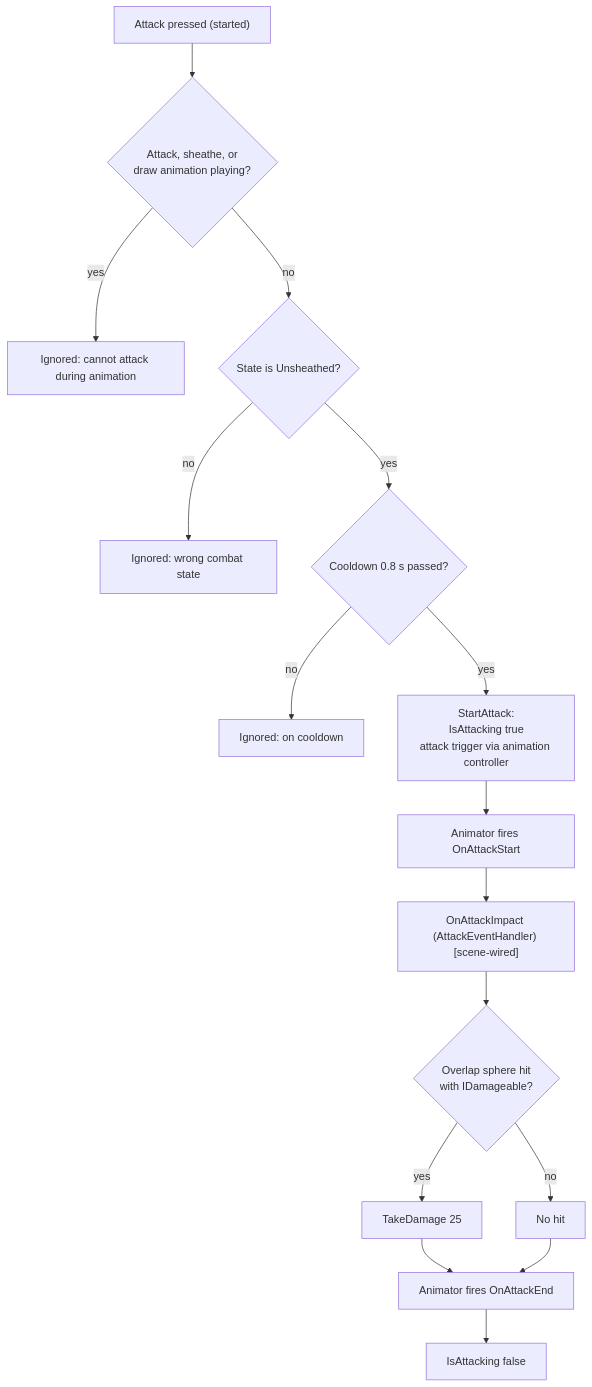
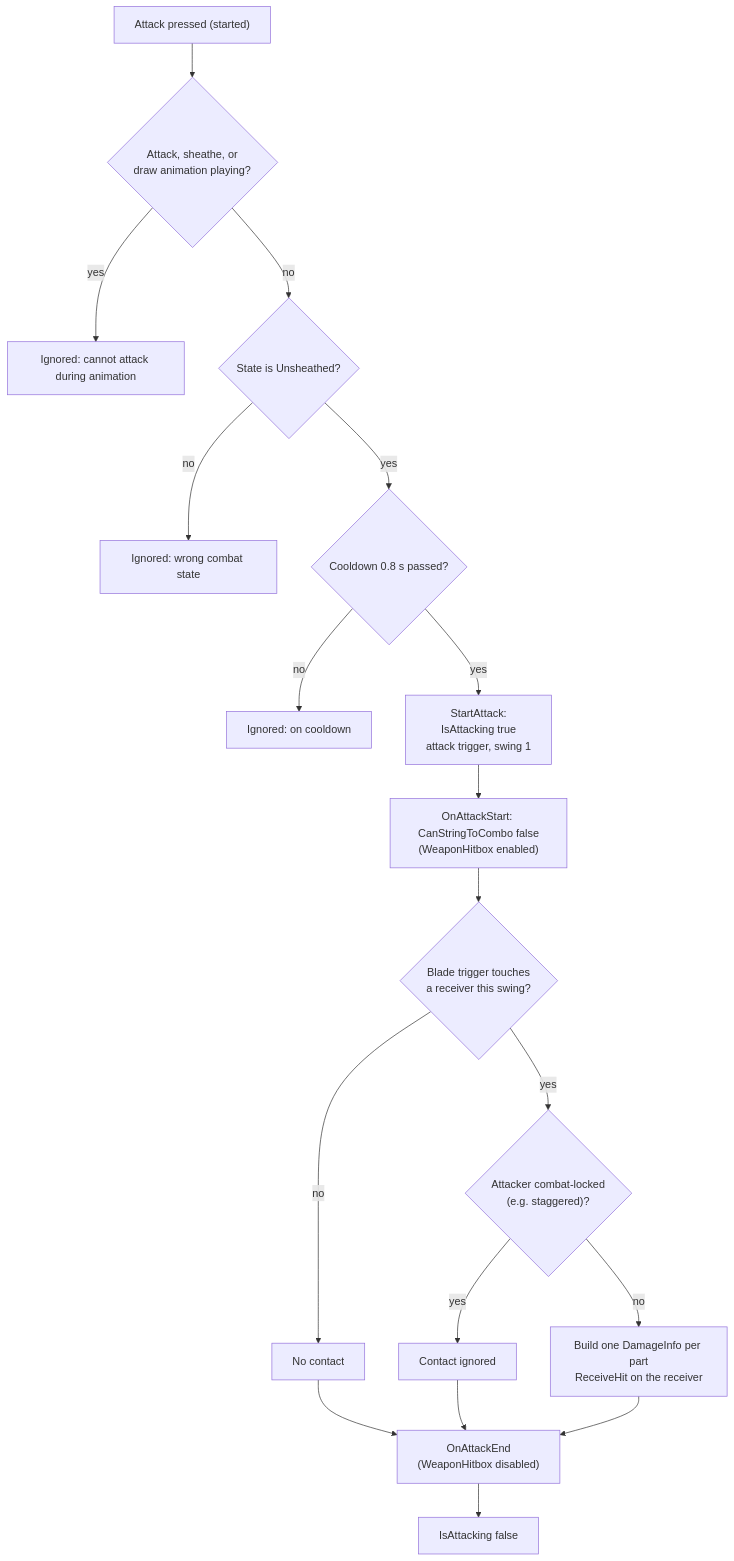
The fourth of 17 diagrams in Docs/DECISION_TREES.md (Relativ9/Sol), drawn with Mermaid before and after one commit. The commit also changed other lines of this file and 29 other files, not shown here.

````diff
--- a/Docs/DECISION_TREES.md
+++ b/Docs/DECISION_TREES.md
@@ -80,18 +80,20 @@
 ```mermaid
 flowchart TD
   A["Attack pressed (started)"] --> B{"Attack, sheathe, or\ndraw animation playing?"}
   B -- yes --> X1["Ignored: cannot attack during animation"]
   B -- no --> C{"State is Unsheathed?"}
   C -- no --> X2["Ignored: wrong combat state"]
   C -- yes --> D{"Cooldown 0.8 s passed?"}
   D -- no --> X3["Ignored: on cooldown"]
-  D -- yes --> E["StartAttack:\nIsAttacking true\nattack trigger via animation controller"]
-  E --> F["Animator fires OnAttackStart"]
-  F --> G["OnAttackImpact (AttackEventHandler) [scene-wired]"]
-  G --> H{"Overlap sphere hit\nwith IDamageable?"}
-  H -- yes --> I["TakeDamage 25"]
-  H -- no --> J["No hit"]
-  I --> K["Animator fires OnAttackEnd"]
-  J --> K
-  K --> L["IsAttacking false"]
+  D -- yes --> E["StartAttack:\nIsAttacking true\nattack trigger, swing 1"]
+  E --> F["OnAttackStart: CanStringToCombo false\n(WeaponHitbox enabled)"]
+  F --> G{"Blade trigger touches\na receiver this swing?"}
+  G -- no --> H["No contact"]
+  G -- yes --> I{"Attacker combat-locked\n(e.g. staggered)?"}
+  I -- yes --> J["Contact ignored"]
+  I -- no --> K["Build one DamageInfo per part\nReceiveHit on the receiver"]
+  K --> L["OnAttackEnd\n(WeaponHitbox disabled)"]
+  H --> L
+  J --> L
+  L --> M["IsAttacking false"]
 ```
````
